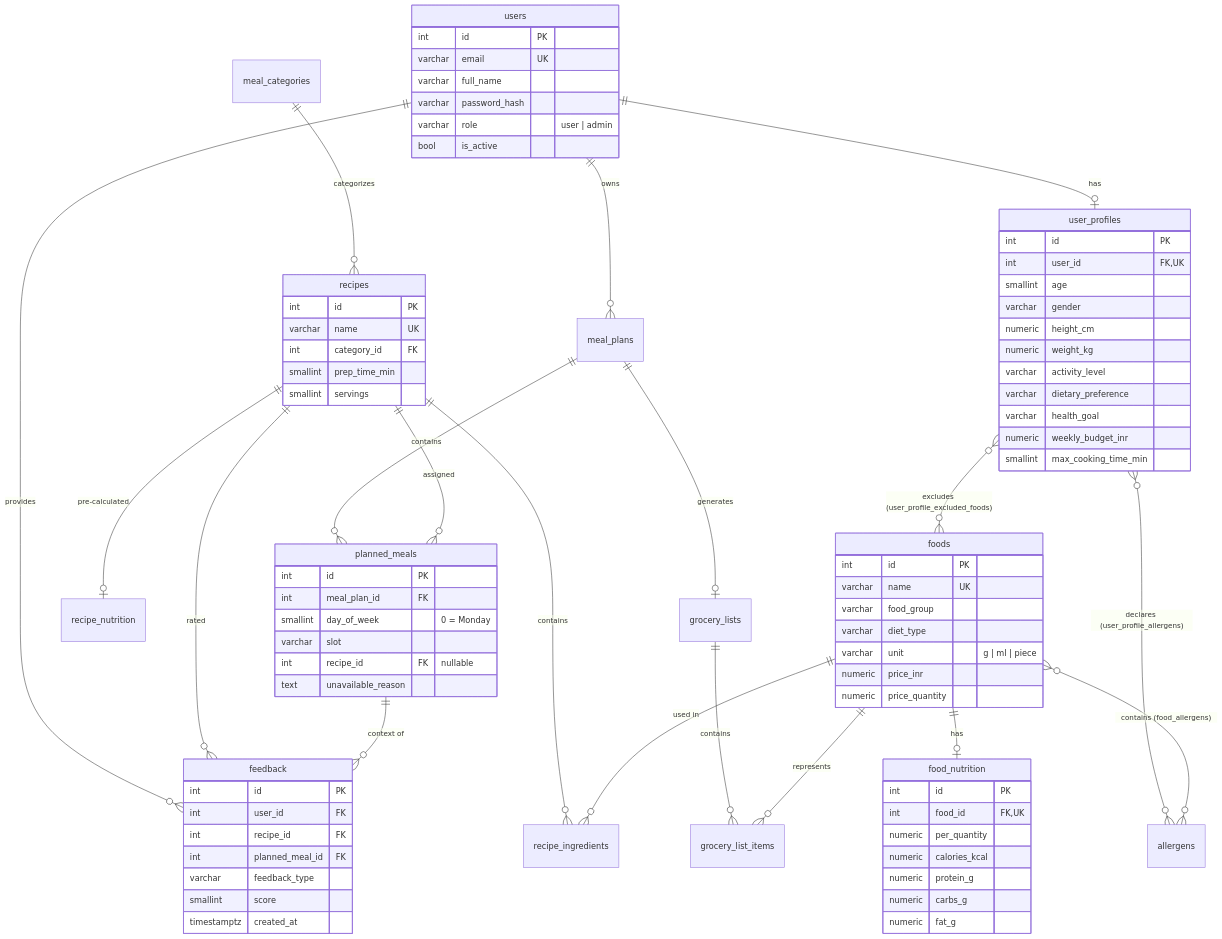
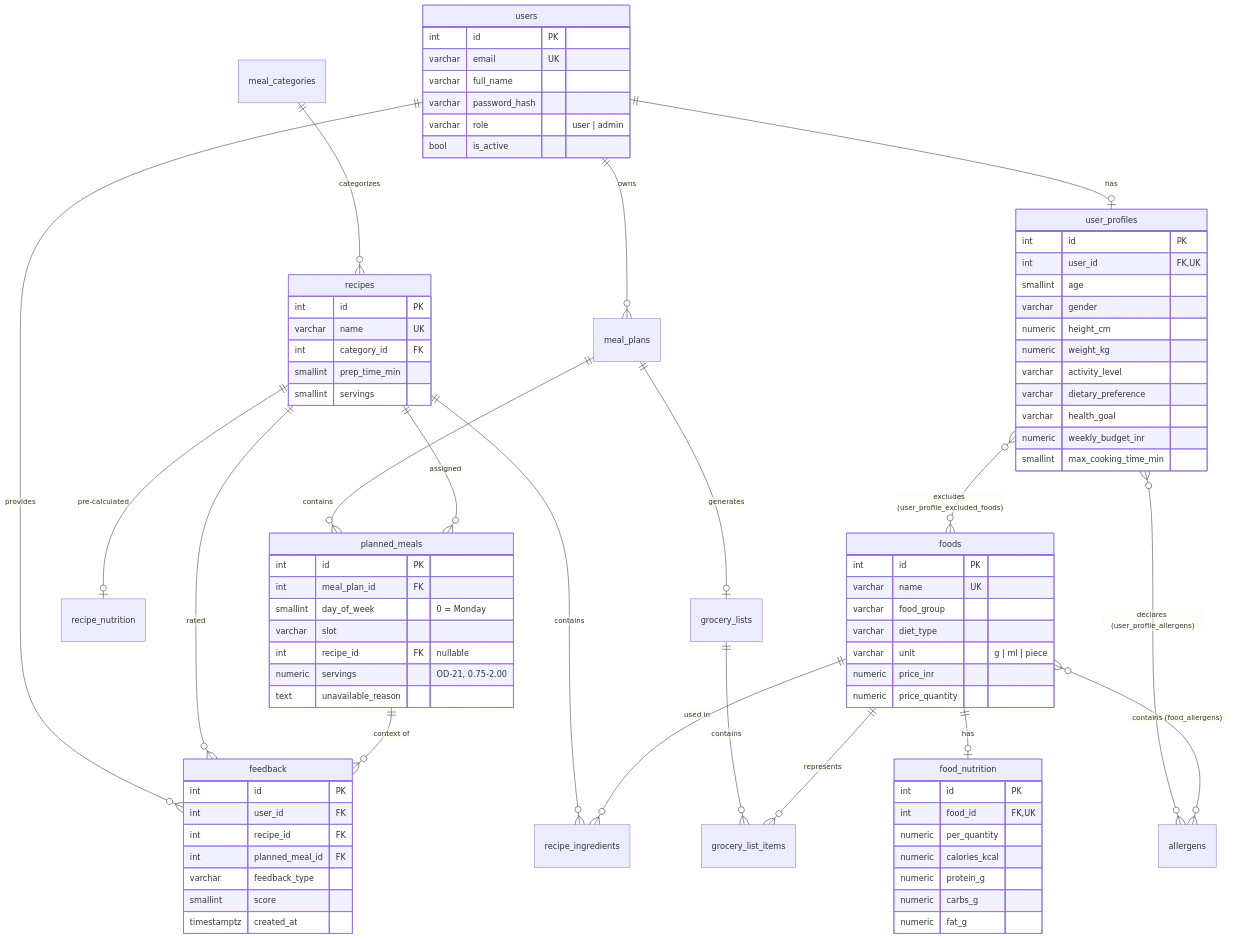
The diagram in docs/architecture/database-design.md (sandhyav6/nutriplan), drawn with Mermaid before and after one commit. The commit also changed other lines of this file and 66 other files, not shown here.

```diff
--- a/docs/architecture/database-design.md
+++ b/docs/architecture/database-design.md
@@ -80,6 +80,7 @@
         smallint day_of_week "0 = Monday"
         varchar slot
         int recipe_id FK "nullable"
+        numeric servings "OD-21, 0.75-2.00"
         text unavailable_reason
     }
     feedback {
```
